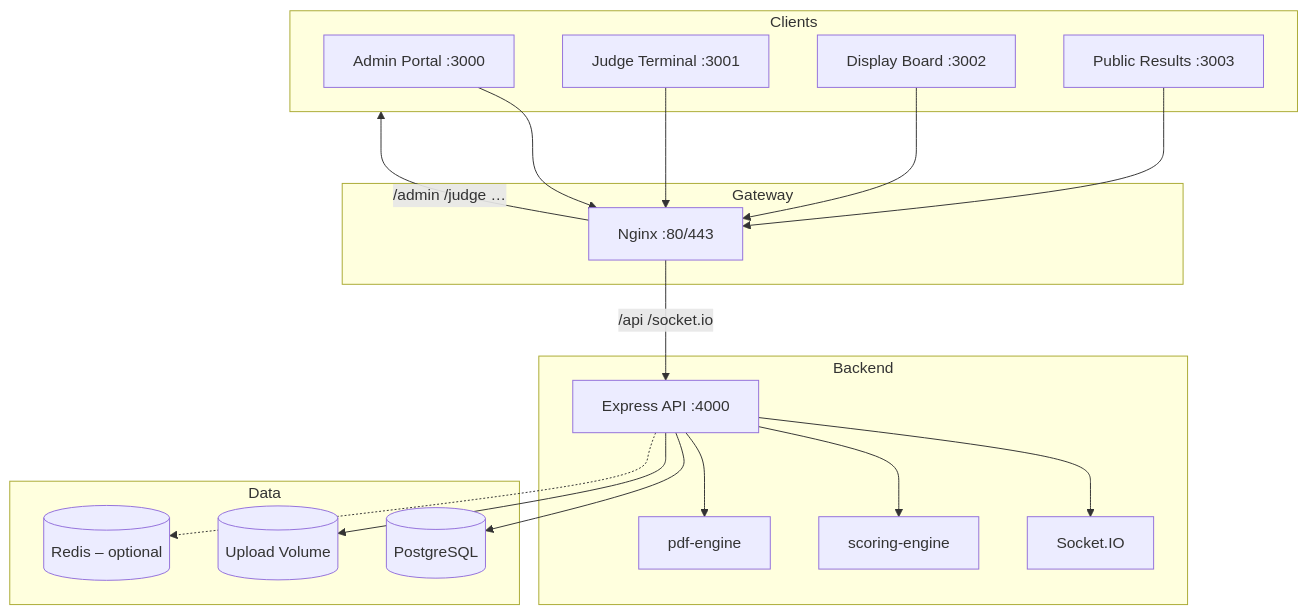
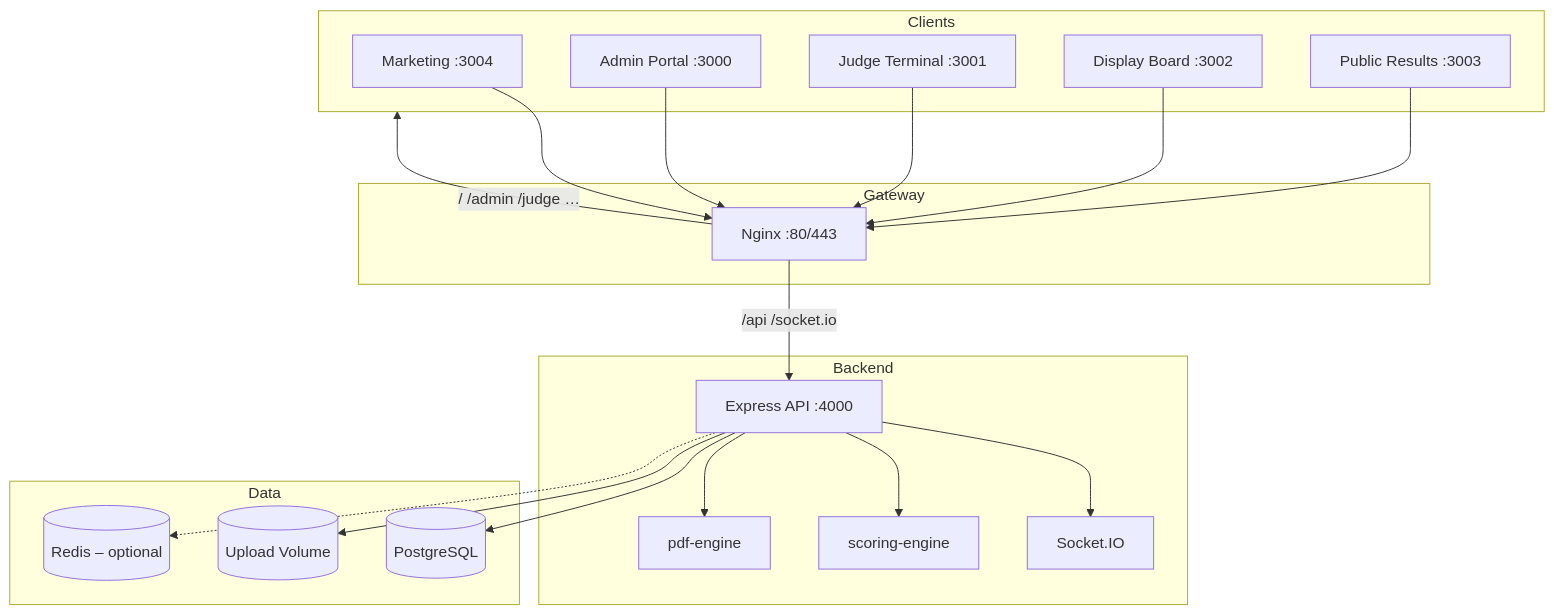
Before and after one commit to Pratap22/aerojudge-accuracy-cms: the diagram in README.md, drawn with Mermaid. The commit also changed other lines of this file and 65 other files, not shown here.

````diff
--- a/README.md
+++ b/README.md
@@ -34,35 +34,36 @@
 ```mermaid
 flowchart TB
     subgraph Clients
+        Marketing["Marketing :3004"]
         Admin["Admin Portal :3000"]
         Judge["Judge Terminal :3001"]
         Display["Display Board :3002"]
         Public["Public Results :3003"]
     end
 
     subgraph Gateway
         Nginx["Nginx :80/443"]
     end
 
     subgraph Backend
         API["Express API :4000"]
         Socket["Socket.IO"]
         Scoring["scoring-engine"]
         PDF["pdf-engine"]
     end
 
     subgraph Data
         PG[("PostgreSQL")]
         Redis[("Redis – optional")]
         Uploads[("Upload Volume")]
     end
 
-    Admin & Judge & Display & Public --> Nginx
+    Marketing & Admin & Judge & Display & Public --> Nginx
     Nginx -->|"/api /socket.io"| API
-    Nginx -->|"/admin /judge …"| Clients
+    Nginx -->|"/ /admin /judge …"| Clients
     API --> Socket
     API --> Scoring & PDF
     API --> PG
     API --> Uploads
     API -.-> Redis
 ```
````
